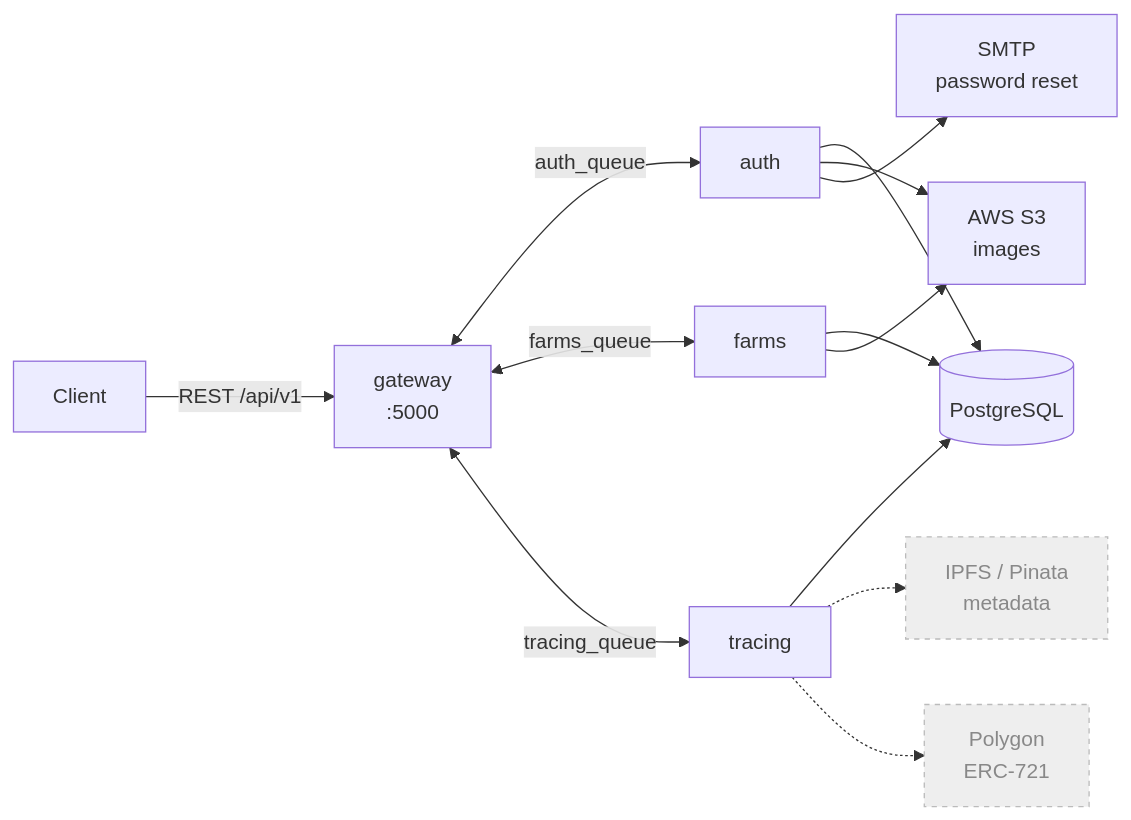
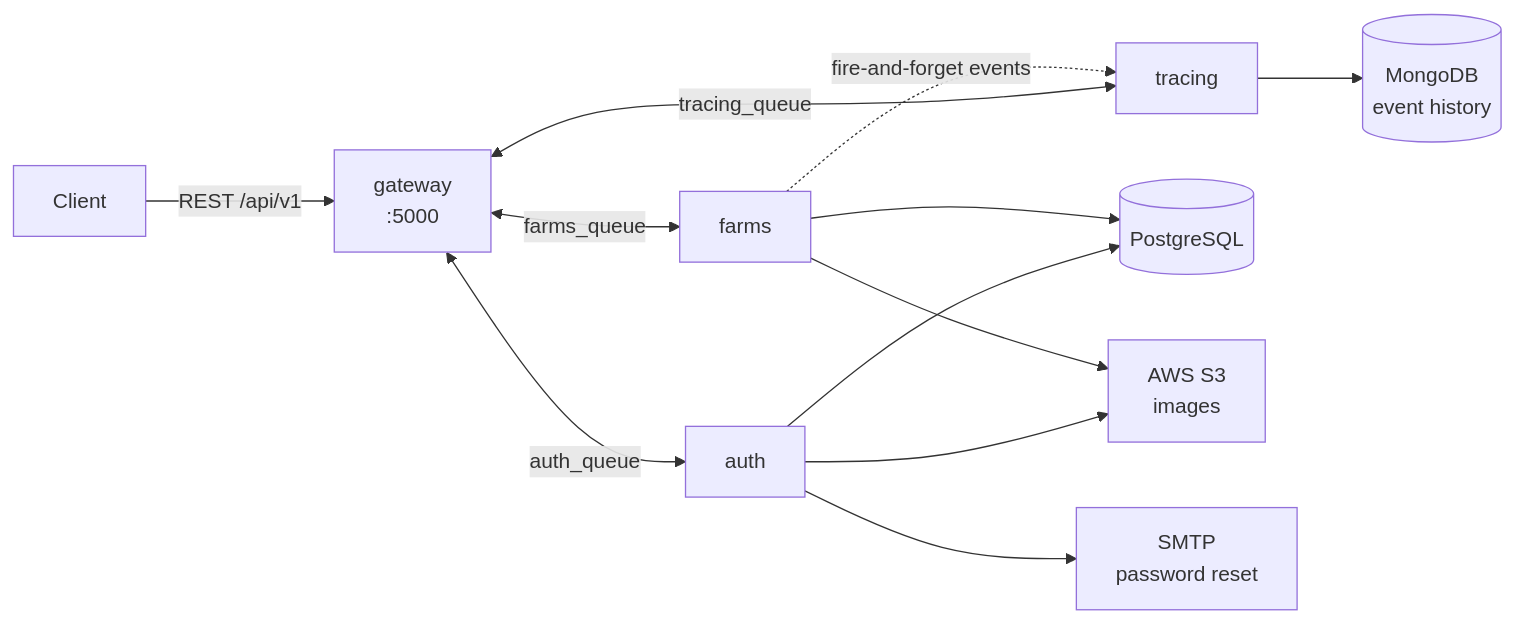
The diagram in README.md (RookieCol/harvestledger), drawn with Mermaid before and after one commit. The commit also changed other lines of this file and 23 other files, not shown here.

First line of the commit message:
feat: Phase 0 — remove blockchain/IPFS, add MongoDB event history

````diff
--- a/README.md
+++ b/README.md
@@ -26,22 +26,18 @@
 ```mermaid
 flowchart LR
     C[Client] -->|REST /api/v1| GW[gateway<br/>:5000]
 
     GW <-->|auth_queue| AU[auth]
     GW <-->|farms_queue| FA[farms]
     GW <-->|tracing_queue| TR[tracing]
+    FA -.->|fire-and-forget events| TR
 
     AU --> PG[(PostgreSQL)]
     FA --> PG
-    TR --> PG
+
+    TR --> MONGO[(MongoDB<br/>event history)]
 
     AU --> S3[AWS S3<br/>images]
     FA --> S3
     AU --> MAIL[SMTP<br/>password reset]
-
-    TR -.-> IPFS[IPFS / Pinata<br/>metadata]
-    TR -.-> POLY[Polygon<br/>ERC-721]
-
-    classDef legacy fill:#eee,stroke:#bbb,color:#888,stroke-dasharray:4;
-    class IPFS,POLY legacy;
 ```
````
